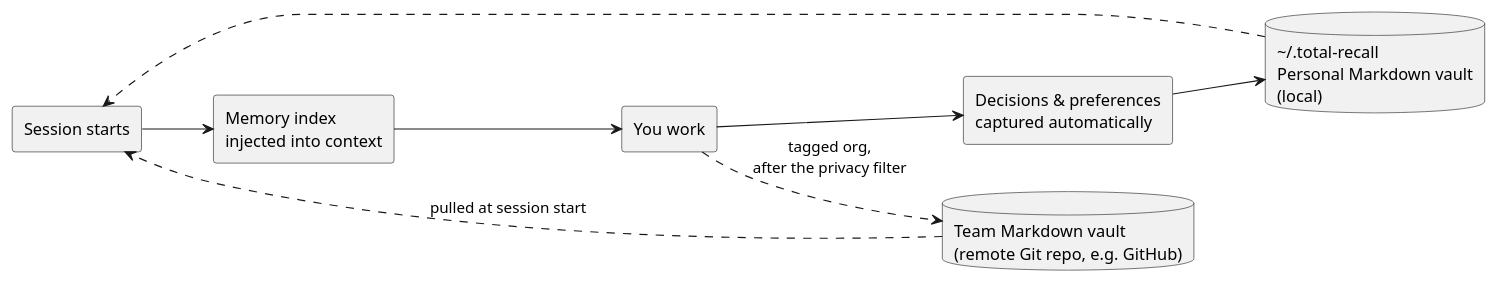
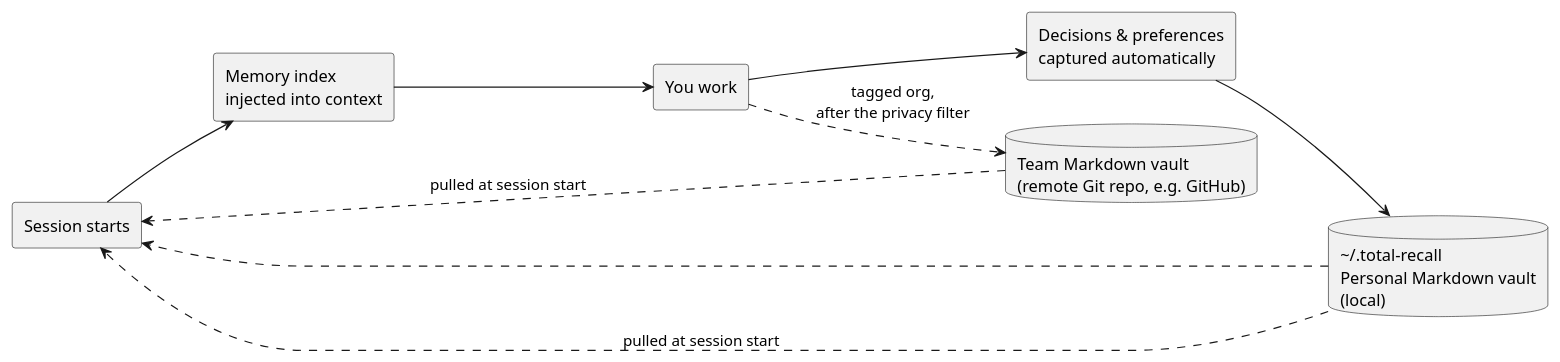
One commit to adrian-balaban/total-recall changed the diagram in docs/diagrams/session-loop-en.puml. Above: the diagram before and after it, drawn with PlantUML. The commit also changed 1 other file, not shown here.

Commit message:
docs(diagrams): show E pulling from A at session start
Add a dashed dependency from E to A labeled "pulled at session start"
in both the English and Romanian session loop diagrams, mirroring the
existing R-to-A relationship. This documents that E also retrieves
data from A when a session begins.

```diff
--- a/docs/diagrams/session-loop-en.puml
+++ b/docs/diagrams/session-loop-en.puml
@@ -1,19 +1,20 @@
 @startuml session-loop-en
 left to right direction
 skinparam shadowing false
 skinparam defaultFontName Helvetica
 
 rectangle "Session starts" as A
 rectangle "Memory index\ninjected into context" as B
 rectangle "You work" as C
 rectangle "Decisions & preferences\ncaptured automatically" as D
 database "<U+007E>/.total-recall\nPersonal Markdown vault\n(local)" as E
 database "Team Markdown vault\n(remote Git repo, e.g. GitHub)" as R
 A --> B
 B --> C
 C --> D
 D --> E
 E ..> A
 C ..> R : tagged org,\nafter the privacy filter
+E ..> A : pulled at session start
 R ..> A : pulled at session start
 @enduml
```
